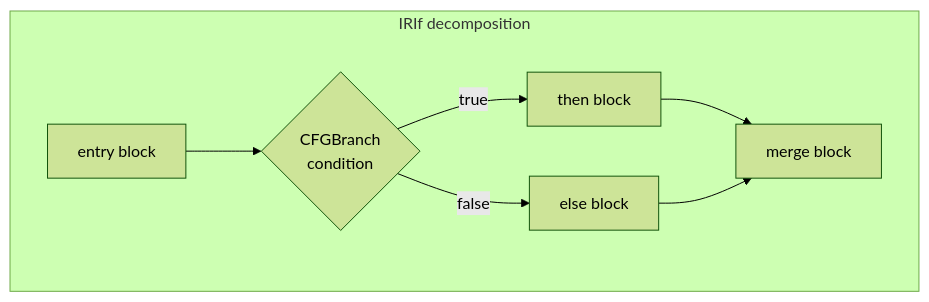
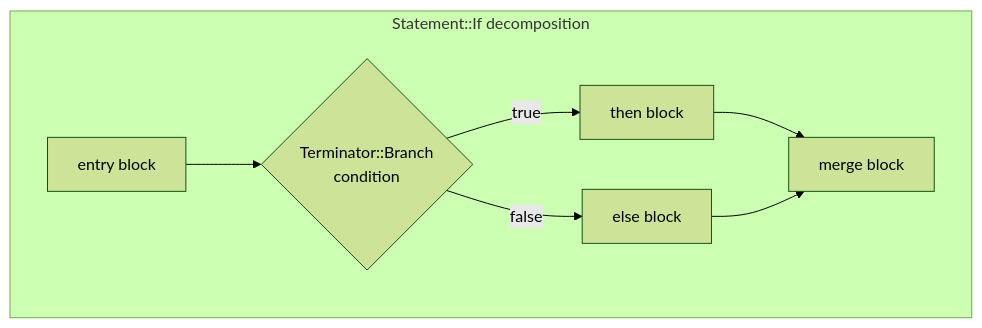
Before and after one commit to bitwisecook/tcl-lsp: the ninth of 20 diagrams in docs/design/compiler-architecture.md, drawn with Mermaid (forest theme). The commit also changed other lines of this file and 5 other files, not shown here.

````diff
--- a/docs/design/compiler-architecture.md
+++ b/docs/design/compiler-architecture.md
@@ -406,10 +464,10 @@
 ```mermaid
 flowchart TD
-    subgraph "IRIf decomposition"
-        E1["entry block"] --> B1{"CFGBranch<br/>condition"}
+    subgraph "Statement::If decomposition"
+        E1["entry block"] --> B1{"Terminator::Branch<br/>condition"}
         B1 -- true --> T1["then block"]
         B1 -- false --> F1["else block"]
         T1 --> M1["merge block"]
         F1 --> M1
     end
 ```
````
